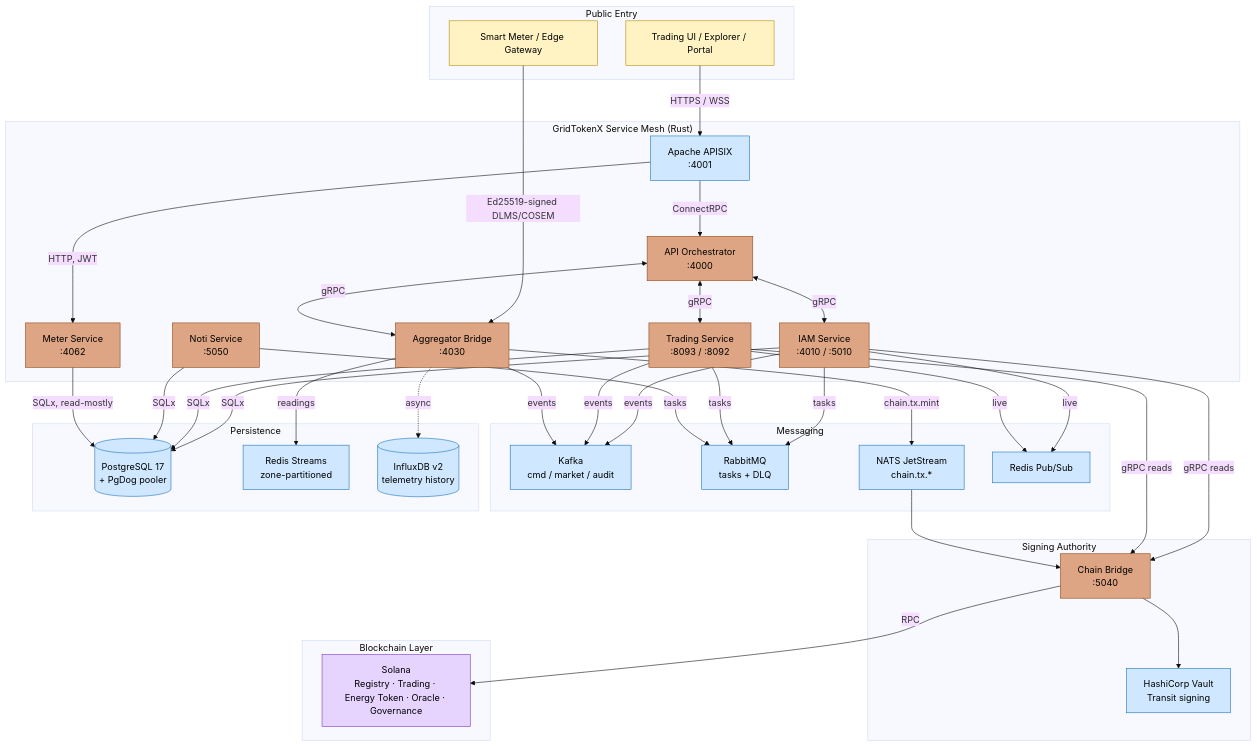
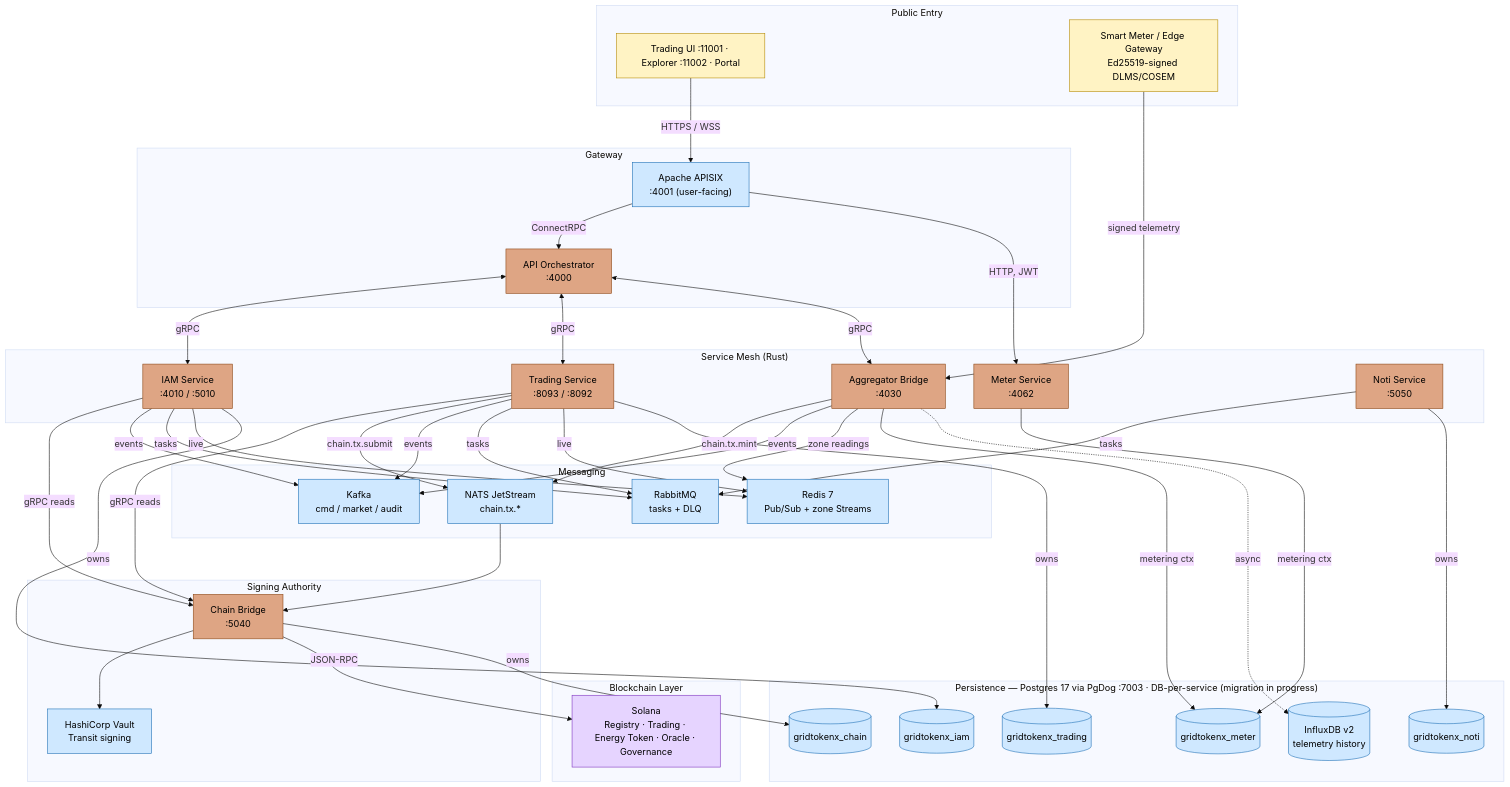
One commit to NakaSato/gridtokenx-coresystem changed the first of 2 diagrams in README.md. Above: the diagram before and after it, drawn with Mermaid (base theme). The commit also changed other lines of this file, not shown here.

Commit message:
docs(readme): reflect DB-per-service split + rewrite architecture
Migration to physical database-per-service is authored (Phases 1–2) but
gated off; document it accurately as in-progress, not shipped.

- Persistence: note DB-per-service target (gridtokenx_iam/_trading/_meter/
  _chain/_noti; noti already isolated) + link design doc; feeds gated off.
- Platform Architecture: add flow/layer narrative (two entry doors, three
  flows: user request / edge telemetry / blockchain settlement).
- Rewrite mermaid: explicit per-service DB ownership via PgDog, add Trading
  chain.tx.submit path, split Gateway subgraph, fold zone Streams into Redis.
- Key Documentation: link db-per-service-migration.md.

````diff
--- a/README.md
+++ b/README.md
@@ -21,18 +31,21 @@
 ```mermaid
 graph TD
     subgraph entry["Public Entry"]
-        Client["Trading UI / Explorer / Portal"]
-        EdgeMeter["Smart Meter / Edge Gateway"]
+        Client["Trading UI :11001 · Explorer :11002 · Portal"]
+        EdgeMeter["Smart Meter / Edge Gateway<br/>Ed25519-signed DLMS/COSEM"]
     end
 
-    subgraph mesh["GridTokenX Service Mesh (Rust)"]
-        APISIX["Apache APISIX<br/>:4001"]
+    subgraph gw["Gateway"]
+        APISIX["Apache APISIX<br/>:4001 (user-facing)"]
         APIS["API Orchestrator<br/>:4000"]
+    end
+
+    subgraph mesh["Service Mesh (Rust)"]
         IAM["IAM Service<br/>:4010 / :5010"]
         Trading["Trading Service<br/>:8093 / :8092"]
         OracleB["Aggregator Bridge<br/>:4030"]
+        Meter["Meter Service<br/>:4062"]
         Noti["Noti Service<br/>:5050"]
-        Meter["Meter Service<br/>:4062"]
     end
 
     subgraph signing["Signing Authority"]
@@ -46,20 +59,23 @@
 
     subgraph msg["Messaging"]
         Kafka["Kafka<br/>cmd / market / audit"]
+        NATS["NATS JetStream<br/>chain.tx.*"]
         Rabbit["RabbitMQ<br/>tasks + DLQ"]
-        NATS["NATS JetStream<br/>chain.tx.*"]
-        Redis["Redis Pub/Sub"]
+        Redis["Redis 7<br/>Pub/Sub + zone Streams"]
     end
 
-    subgraph store["Persistence"]
-        Postgres[("PostgreSQL 17<br/>+ PgDog pooler")]
-        ZoneRedis["Redis Streams<br/>zone-partitioned"]
+    subgraph store["Persistence — Postgres 17 via PgDog :7003 · DB-per-service (migration in progress)"]
+        IamDB[("gridtokenx_iam")]
+        TradeDB[("gridtokenx_trading")]
+        MeterDB[("gridtokenx_meter")]
+        ChainDB[("gridtokenx_chain")]
+        NotiDB[("gridtokenx_noti")]
         Influx[("InfluxDB v2<br/>telemetry history")]
     end
 
     %% --- request path ---
     Client -->|HTTPS / WSS| APISIX
-    EdgeMeter -->|Ed25519-signed DLMS/COSEM| OracleB
+    EdgeMeter -->|signed telemetry| OracleB
     APISIX -->|ConnectRPC| APIS
     APISIX -->|HTTP, JWT| Meter
     APIS <-->|gRPC| IAM
@@ -68,19 +84,24 @@
 
     %% --- blockchain path ---
     IAM & Trading -->|gRPC reads| ChainBridge
+    Trading -->|chain.tx.submit| NATS
     OracleB -->|chain.tx.mint| NATS
     NATS --> ChainBridge
     ChainBridge --> Vault
-    ChainBridge -->|RPC| Solana
+    ChainBridge -->|JSON-RPC| Solana
 
-    %% --- messaging + persistence ---
+    %% --- messaging ---
     IAM & Trading & OracleB -->|events| Kafka
     IAM & Trading & Noti -->|tasks| Rabbit
     IAM & Trading -->|live| Redis
-    IAM & Trading -->|SQLx| Postgres
-    Noti -->|SQLx| Postgres
-    Meter -->|SQLx, read-mostly| Postgres
-    OracleB -->|readings| ZoneRedis
+    OracleB -->|zone readings| Redis
+
+    %% --- persistence: each service owns its DB (all pooled via PgDog) ---
+    IAM -->|owns| IamDB
+    Trading -->|owns| TradeDB
+    OracleB & Meter -->|metering ctx| MeterDB
+    ChainBridge -->|owns| ChainDB
+    Noti -->|owns| NotiDB
     OracleB -.->|async| Influx
 
     classDef rust fill:#dea584,stroke:#8b4513,color:#000;
@@ -88,7 +109,7 @@
     classDef chainNode fill:#e6d4ff,stroke:#7b2fbe,color:#000;
     classDef edge fill:#fff3c4,stroke:#b58900,color:#000;
     class APIS,IAM,Trading,OracleB,Noti,ChainBridge,Meter rust;
-    class Kafka,Rabbit,NATS,Redis,Postgres,ZoneRedis,Influx,APISIX,Vault infra;
+    class Kafka,Rabbit,NATS,Redis,IamDB,TradeDB,MeterDB,ChainDB,NotiDB,Influx,APISIX,Vault infra;
     class Solana chainNode;
     class EdgeMeter,Client edge;
 ```
````
